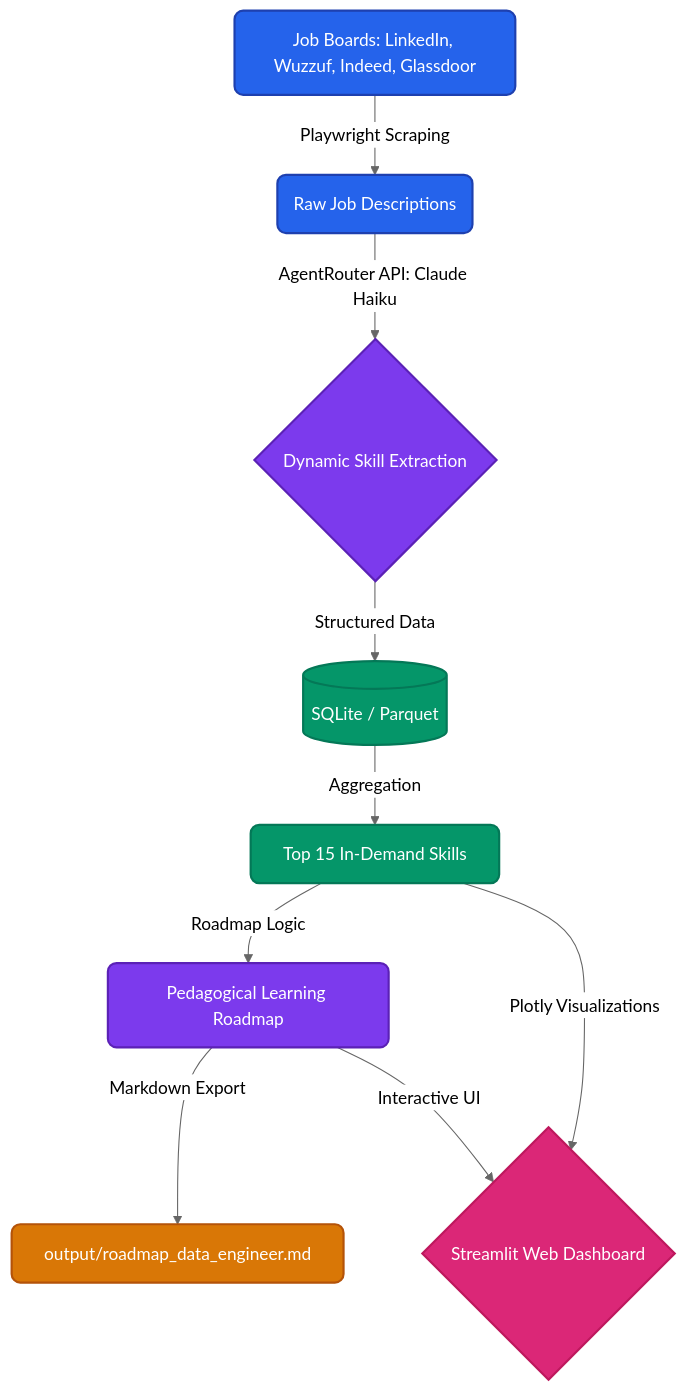
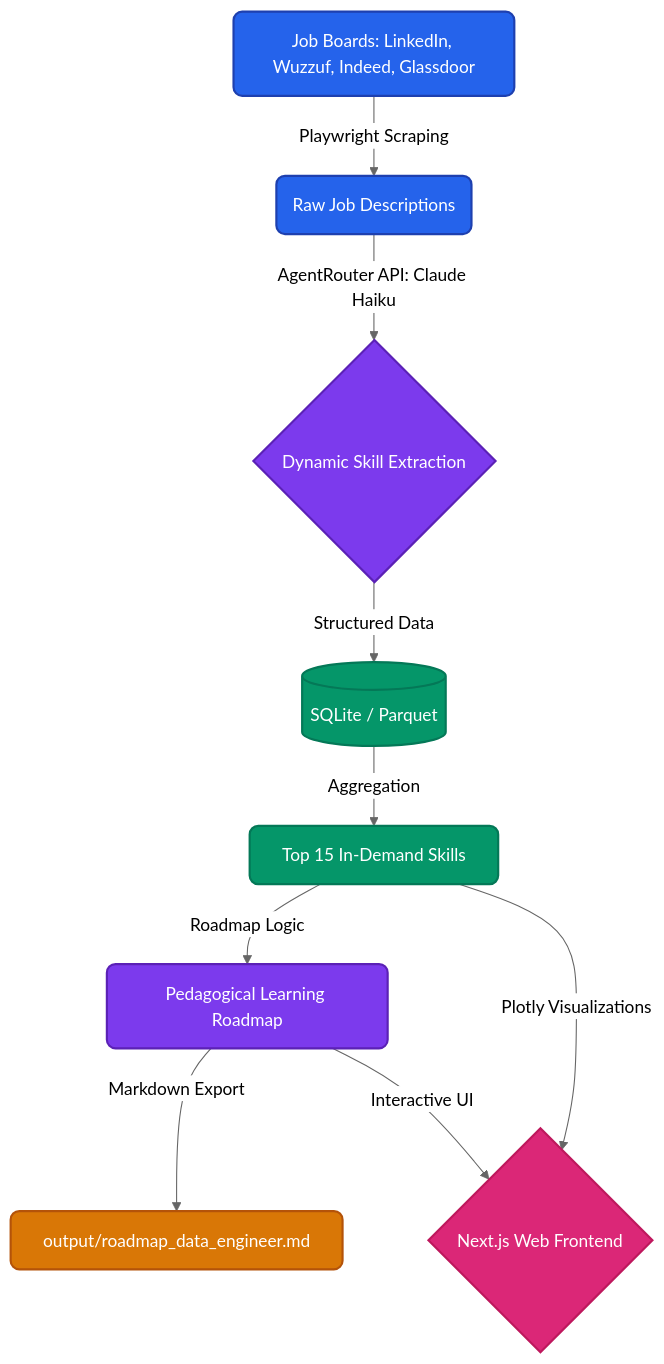
One commit to Sohila-Khaled-Abbas/data-career-roadmap-generator changed the diagram in README.md. Above: the diagram before and after it, drawn with Mermaid (neutral theme). The commit also changed other lines of this file and 3 other files, not shown here.

Commit message:
feat: replace Streamlit dashboard with a decoupled Next.js frontend and add usage documentation

````diff
--- a/README.md
+++ b/README.md
@@ -19,18 +19,18 @@
 ```mermaid
 graph TD
     %% Modern Color Palette and Styles
     classDef scraper fill:#2563eb,stroke:#1e40af,stroke-width:2px,color:#fff,rx:8px,ry:8px
     classDef ai fill:#7c3aed,stroke:#5b21b6,stroke-width:2px,color:#fff,rx:8px,ry:8px
     classDef database fill:#059669,stroke:#047857,stroke-width:2px,color:#fff,rx:8px,ry:8px
     classDef ui fill:#db2777,stroke:#be185d,stroke-width:2px,color:#fff,rx:8px,ry:8px
     classDef file fill:#d97706,stroke:#b45309,stroke-width:2px,color:#fff,rx:8px,ry:8px
 
     A["Job Boards: LinkedIn, Wuzzuf, Indeed, Glassdoor"]:::scraper -->|"Playwright Scraping"| B("Raw Job Descriptions"):::scraper
     B -->|"AgentRouter API: Claude Haiku"| C{"Dynamic Skill Extraction"}:::ai
     C -->|"Structured Data"| D[("SQLite / Parquet")]:::database
     D -->|"Aggregation"| E["Top 15 In-Demand Skills"]:::database
     E -->|"Roadmap Logic"| F["Pedagogical Learning Roadmap"]:::ai
     F -->|"Markdown Export"| G["output/roadmap_data_engineer.md"]:::file
-    E -->|"Plotly Visualizations"| H{"Streamlit Web Dashboard"}:::ui
+    E -->|"Plotly Visualizations"| H{"Next.js Web Frontend"}:::ui
     F -->|"Interactive UI"| H
 ```
````
